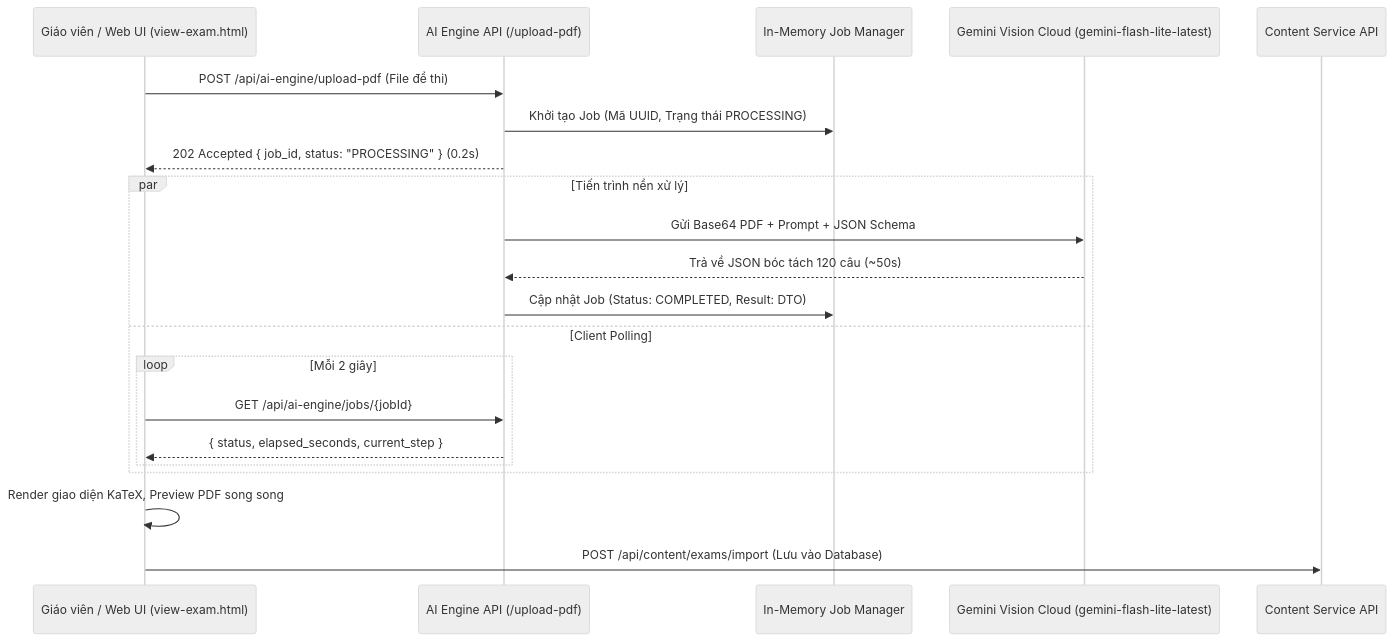
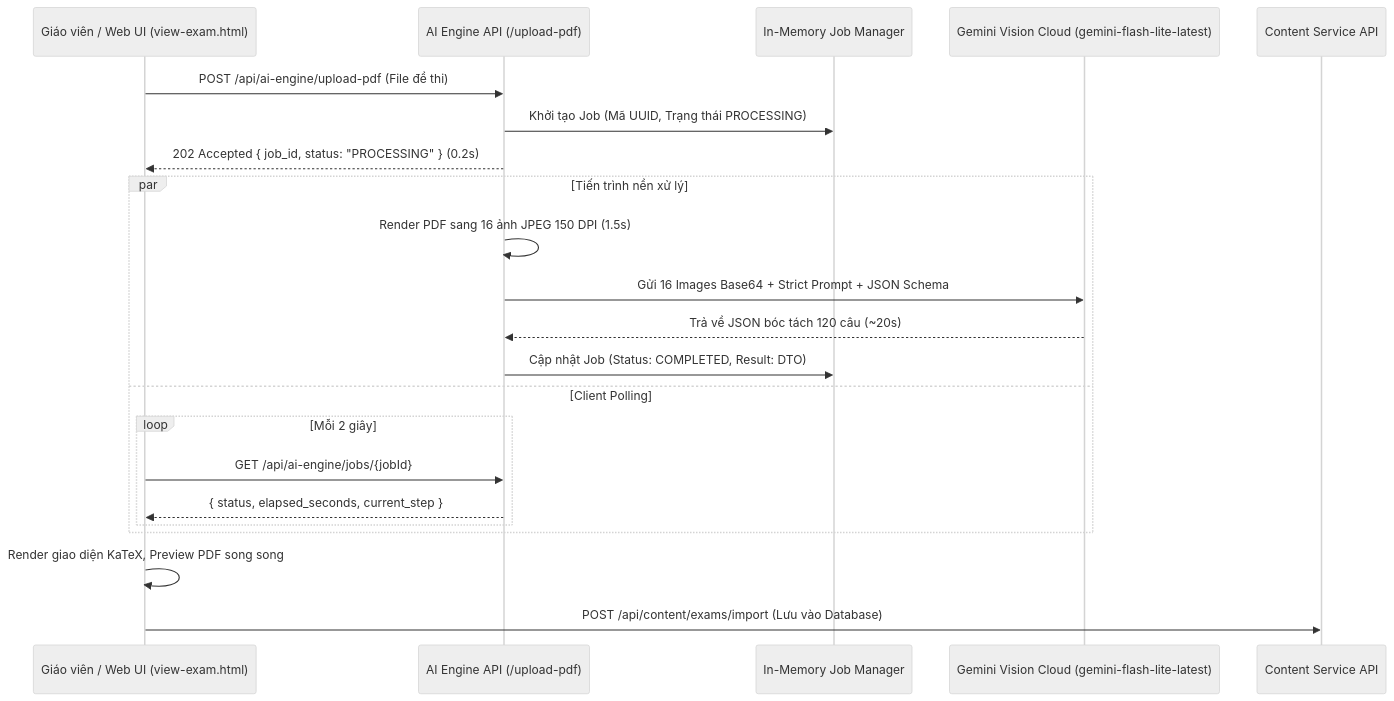
One commit to Capstone-OG/v-eval-ai-engine changed the second of 2 diagrams in docs/ai_data_ingestion.md. Above: the diagram before and after it, drawn with Mermaid (neutral theme). The commit also changed other lines of this file and 3 other files, not shown here.

````diff
--- a/docs/ai_data_ingestion.md
+++ b/docs/ai_data_ingestion.md
@@ -31,26 +44,27 @@
 ```mermaid
 sequenceDiagram
     participant User as Giáo viên / Web UI (view-exam.html)
     participant API as AI Engine API (/upload-pdf)
     participant JobMgr as In-Memory Job Manager
     participant AI as Gemini Vision Cloud (gemini-flash-lite-latest)
     participant Content as Content Service API
 
     User->>API: POST /api/ai-engine/upload-pdf (File đề thi)
     API->>JobMgr: Khởi tạo Job (Mã UUID, Trạng thái PROCESSING)
     API-->>User: 202 Accepted { job_id, status: "PROCESSING" } (0.2s)
     
     par Tiến trình nền xử lý
-        API->>AI: Gửi Base64 PDF + Prompt + JSON Schema
-        AI-->>API: Trả về JSON bóc tách 120 câu (~50s)
+        API->>API: Render PDF sang 16 ảnh JPEG 150 DPI (1.5s)
+        API->>AI: Gửi 16 Images Base64 + Strict Prompt + JSON Schema
+        AI-->>API: Trả về JSON bóc tách 120 câu (~20s)
         API->>JobMgr: Cập nhật Job (Status: COMPLETED, Result: DTO)
     and Client Polling
         loop Mỗi 2 giây
             User->>API: GET /api/ai-engine/jobs/{jobId}
             API-->>User: { status, elapsed_seconds, current_step }
         end
     end
 
     User->>User: Render giao diện KaTeX, Preview PDF song song
     User->>Content: POST /api/content/exams/import (Lưu vào Database)
 ```
````
